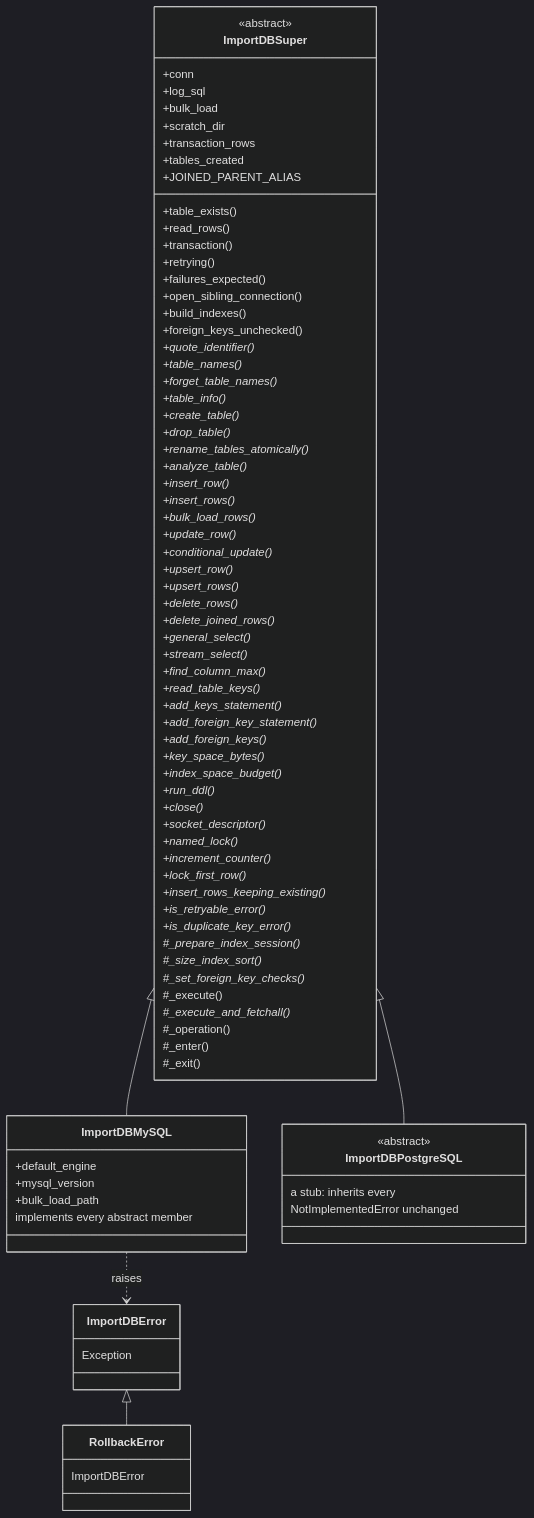
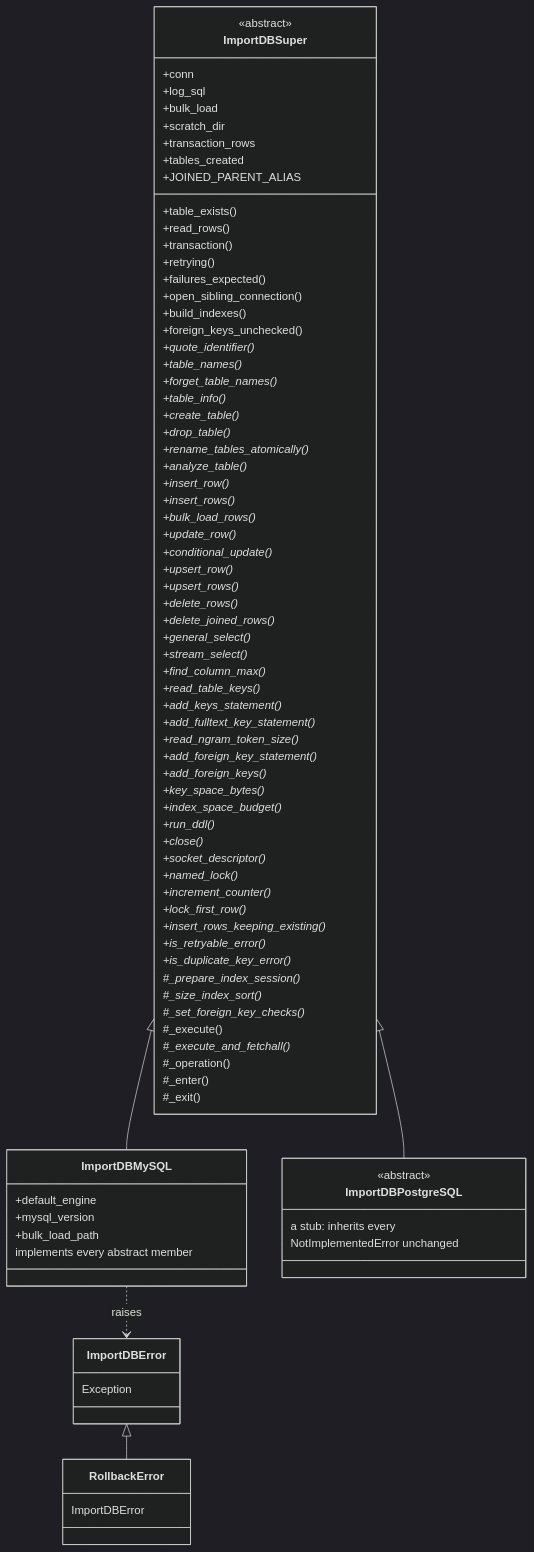
One commit to SETI/rms-opus changed the diagram in docs/dev_guide_import_db.rst. Above: the diagram before and after it, drawn with Mermaid (dark theme). The commit also changed other lines of this file and 46 other files, not shown here.

```diff
--- a/docs/dev_guide_import_db.rst
+++ b/docs/dev_guide_import_db.rst
@@ -70,6 +70,8 @@
             +find_column_max()*
             +read_table_keys()*
             +add_keys_statement()*
+            +add_fulltext_key_statement()*
+            +read_ngram_token_size()*
             +add_foreign_key_statement()*
             +add_foreign_keys()*
             +key_space_bytes()*
```
